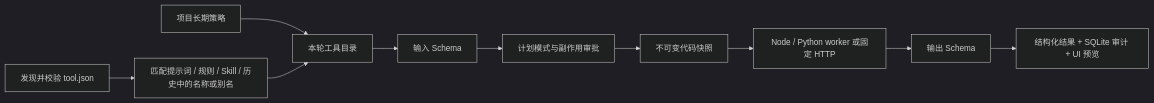
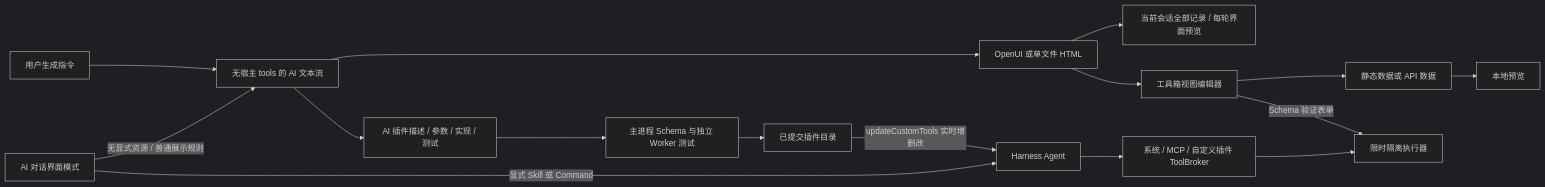
Before and after one commit to zhangxinggang/momo-ai: the third of 4 diagrams in docs/architecture/ai-chat-harness-integration-design.md, drawn with Mermaid (dark theme). The commit also changed other lines of this file and 567 other files, not shown here.

````diff
--- a/docs/architecture/ai-chat-harness-integration-design.md
+++ b/docs/architecture/ai-chat-harness-integration-design.md
@@ -145,12 +156,18 @@
 ```mermaid
 flowchart LR
-  Discover[发现并校验 tool.json] --> Match[匹配提示词 / 规则 / Skill / 历史中的名称或别名]
-  Policy[项目长期策略] --> Catalog[本轮工具目录]
-  Match --> Catalog
-  Catalog --> Input[输入 Schema]
-  Input --> Permission[计划模式与副作用审批]
-  Permission --> Snapshot[不可变代码快照]
-  Snapshot --> Worker[Node / Python worker 或固定 HTTP]
-  Worker --> Output[输出 Schema]
-  Output --> Result[结构化结果 + SQLite 审计 + UI 预览]
+  Prompt[用户生成指令] --> Generator[无宿主 tools 的 AI 文本流]
+  Chat[AI 对话界面模式] -->|无显式资源 / 普通展示规则| Generator
+  Chat -->|显式 Skill 或 Command| Agent
+  Generator --> View[OpenUI 或单文件 HTML]
+  View --> ChatHistory[当前会话全部记录 / 每轮界面预览]
+  View --> Editor[工具箱视图编辑器]
+  Editor --> Data[静态数据或 API 数据]
+  Data --> Preview[本地预览]
+  Generator --> Plugin[AI 插件描述 / 参数 / 实现 / 测试]
+  Plugin --> Validate[主进程 Schema 与独立 Worker 测试]
+  Validate --> Registry[已提交插件目录]
+  Registry -->|updateCustomTools 实时增删改| Agent[Harness Agent]
+  Agent --> Broker[系统 / MCP / 自定义插件 ToolBroker]
+  Broker --> Worker[限时隔离执行器]
+  Editor -->|Schema 验证表单| Worker
 ```
````
